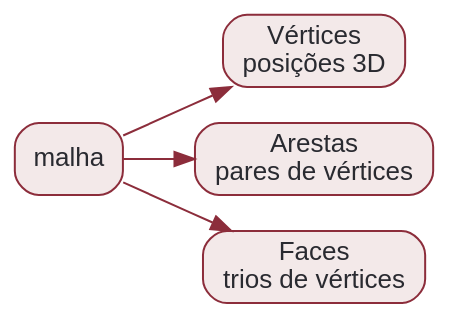
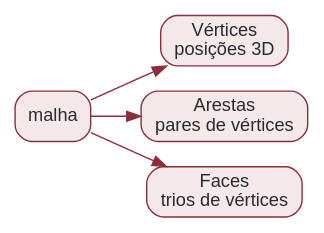
One commit to rodrgds/resumos changed the diagram in src/content/lessons/cg/malha.dot. Above: the diagram before and after it, drawn with Graphviz. The commit also changed 25 other files, not shown here.

```diff
--- a/src/content/lessons/cg/malha.dot
+++ b/src/content/lessons/cg/malha.dot
@@ -1,11 +1,11 @@
 digraph Malha {
-  graph [bgcolor="transparent", rankdir=LR, pad=0.2];
+  graph [bgcolor="transparent", rankdir=LR, pad=0.12, size="2.2,8"];
   node [shape=box, style="rounded,filled", fillcolor="#f3e9e9", color="#8c2d3b", fontcolor="#292a30", fontname="Arial", fontsize=13];
   edge [color="#8c2d3b"];
   malha -> vertices;
   malha -> arestas;
   malha -> faces;
   vertices [label="Vértices\nposições 3D"];
   arestas [label="Arestas\npares de vértices"];
   faces [label="Faces\ntrios de vértices"];
 }
```
